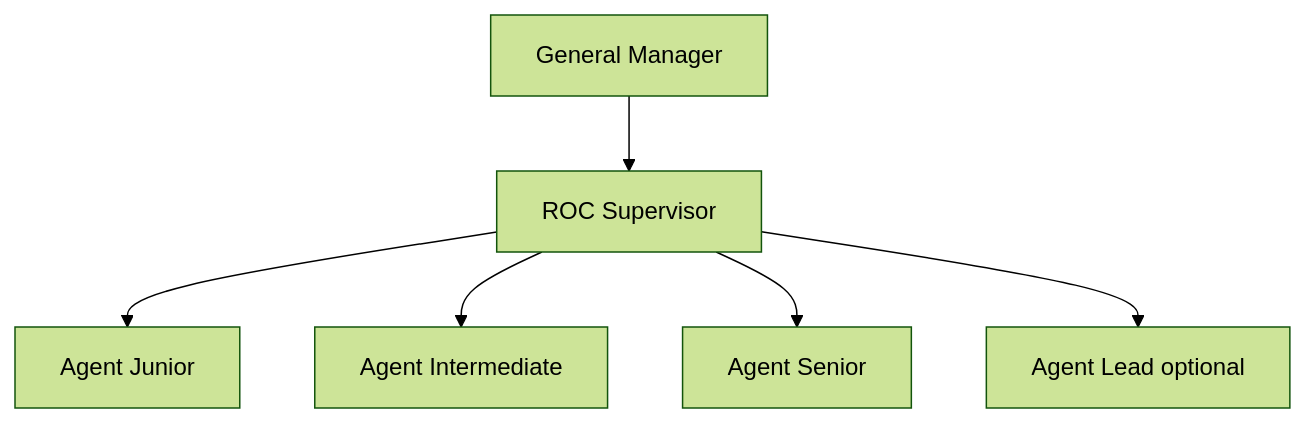
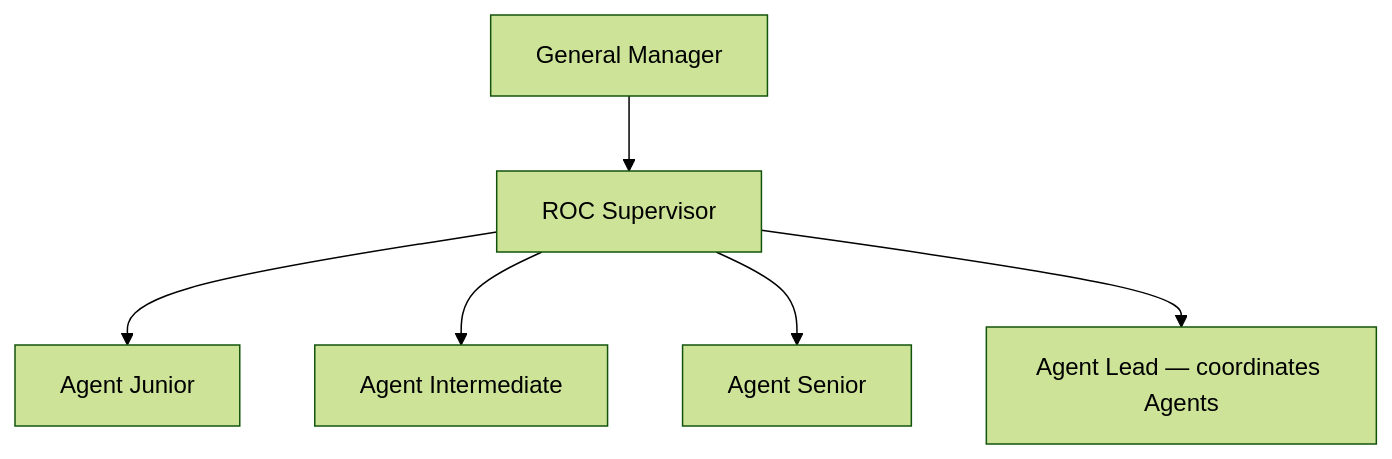
Before and after one commit to r-gismondi/marine-technologies-roc: the diagram in docs/org/org-chart.md, drawn with Mermaid (forest theme). The commit also changed other lines of this file and 13 other files, not shown here.

First line of the commit message:
Define Agent Lead as a peer who coordinates other Agents

````diff
--- a/docs/org/org-chart.md
+++ b/docs/org/org-chart.md
@@ -11,10 +11,10 @@
 ```mermaid
 flowchart TB
   GM[General Manager]
   SUP[ROC Supervisor]
   GM --> SUP
   SUP --> AJ[Agent Junior]
   SUP --> AI[Agent Intermediate]
   SUP --> AS[Agent Senior]
-  SUP --> AL[Agent Lead optional]
+  SUP --> AL[Agent Lead — coordinates Agents]
 ```
````
